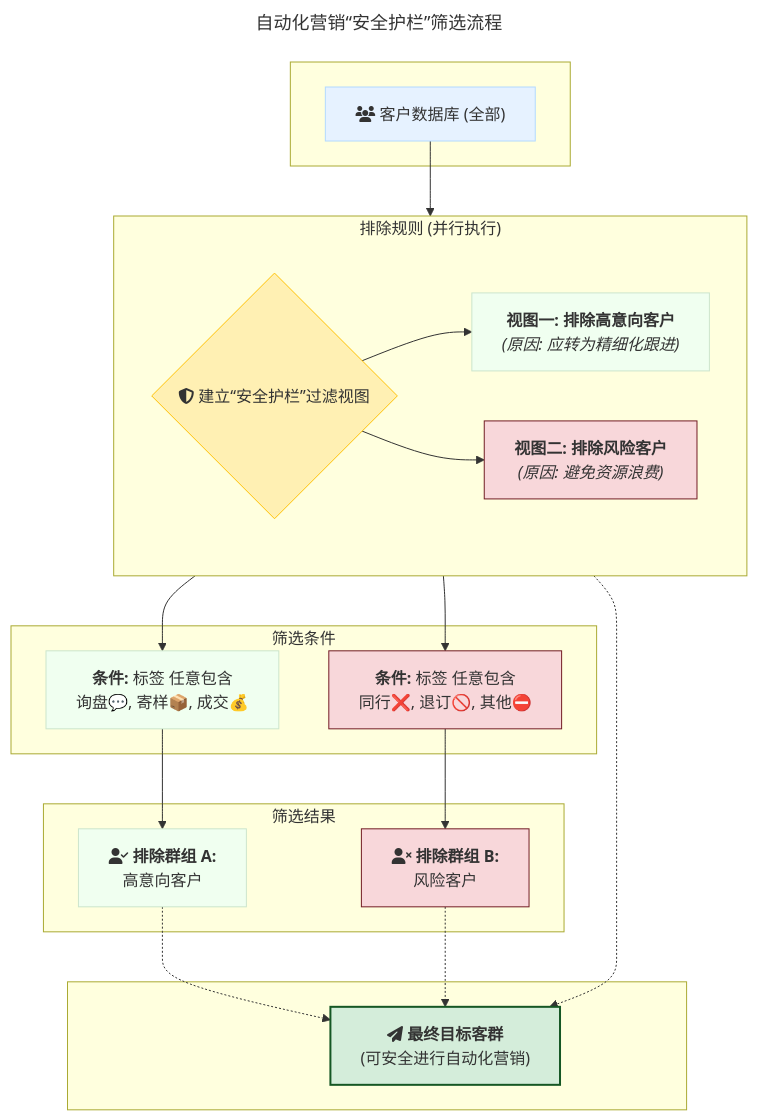
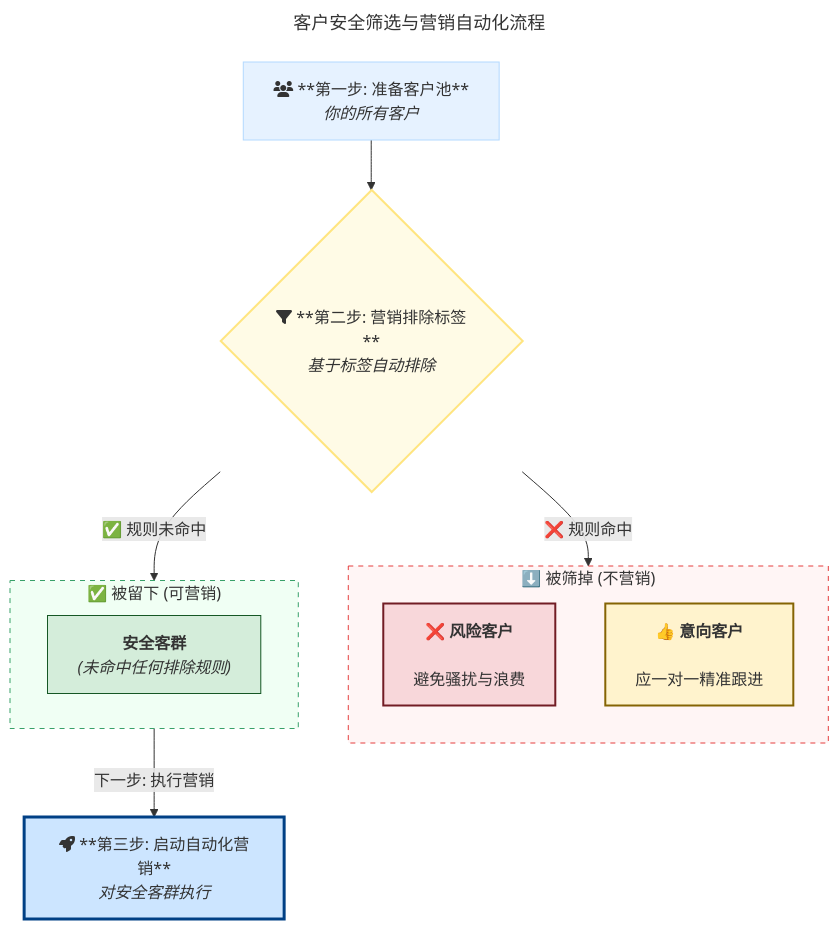
The fifth of 12 diagrams in docs/zhinan/customer-management-section.md (suxuemi/laifaxin), drawn with Mermaid before and after one commit. The commit also changed other lines of this file and 1 other file, not shown here.

````diff
--- a/docs/zhinan/customer-management-section.md
+++ b/docs/zhinan/customer-management-section.md
@@ -256,46 +236,47 @@
 ```mermaid
 ---
-title: 自动化营销“安全护栏”筛选流程
+title: 客户安全筛选与营销自动化流程
 ---
 graph TD
-    subgraph " "
-        A["fa:fa-users 客户数据库 (全部)"]
+    A["fa:fa-users **第一步: 准备客户池**<br><i>你的所有客户</i>"] --> B{"fa:fa-filter **第二步: 营销排除标签**<br><i>基于标签自动排除</i>"};
+
+    subgraph SG_EXCLUDE ["⬇️ 被筛掉 (不营销)"]
+        direction TB
+        C["
+            <b>❌ 风险客户</b><br>
+            避免骚扰与浪费
+        "]
+
+        D["
+            <b>👍 意向客户</b><br>
+            应一对一精准跟进
+        "]
     end
 
-    A --> B{"fa:fa-shield-alt 建立“安全护栏”过滤视图"};
-
-    subgraph "排除规则 (并行执行)"
-        direction LR
-        B --> C["<b>视图一: 排除高意向客户</b><br><i>(原因: 应转为精细化跟进)</i>"];
-        B --> D["<b>视图二: 排除风险客户</b><br><i>(原因: 避免资源浪费)</i>"];
+    subgraph SG_RETAIN ["✅ 被留下 (可营销)"]
+        E["<b>安全客群</b><br><i>(未命中任何排除规则)</i>"]
     end
 
-    subgraph "筛选条件"
-        C --> C1["<b>条件:</b> 标签 任意包含<br>询盘💬, 寄样📦, 成交💰"];
-        D --> D1["<b>条件:</b> 标签 任意包含<br>同行❌, 退订🚫, 其他⛔"];
-    end
+    B -- "❌ 规则命中" --> SG_EXCLUDE;
+    B -- "✅ 规则未命中" --> SG_RETAIN;
 
-    subgraph "筛选结果"
-        C1 --> E1["fa:fa-user-check <b>排除群组 A:</b><br>高意向客户"];
-        D1 --> E2["fa:fa-user-times <b>排除群组 B:</b><br>风险客户"];
-    end
-
-    subgraph " "
-        F["fa:fa-paper-plane <b>最终目标客群</b><br>(可安全进行自动化营销)"];
-    end
+    F["fa:fa-rocket **第三步: 启动自动化营销**<br><i>对安全客群执行</i>"]
     
-    B -.-> F;
-    E1 -.-> F;
-    E2 -.-> F;
+    SG_RETAIN -- "下一步: 执行营销" --> F;
 
     %% Styling
     style A fill:#e6f2ff,stroke:#b3d9ff
-    style B fill:#fff0b3,stroke:#ffc107
-    style C fill:#f0fff0,stroke:#cce5cc
-    style D fill:#f8d7da,stroke:#721c24
-    style C1 fill:#f0fff0,stroke:#cce5cc
-    style D1 fill:#f8d7da,stroke:#721c24
-    style E1 fill:#f0fff0,stroke:#cce5cc
-    style E2 fill:#f8d7da,stroke:#721c24
-    style F fill:#d4edda,stroke:#155724,stroke-width:2px
+    style B fill:#fffbe6,stroke:#ffe580,stroke-width:2px
+    
+    %% Subgraph Styling
+    style SG_EXCLUDE fill:#fff5f5,stroke:#e53e3e,stroke-dasharray: 5 5
+    style SG_RETAIN fill:#f0fff4,stroke:#38a169,stroke-dasharray: 5 5
+    
+    %% Node Styling inside Subgraphs
+    style C fill:#f8d7da,stroke:#721c24,stroke-width:2px
+    style D fill:#fff3cd,stroke:#856404,stroke-width:2px
+    style E fill:#d4edda,stroke:#155724
+    
+    %% Final Action Node Styling
+    style F fill:#cce5ff,stroke:#004085,stroke-width:3px
 ```
````
